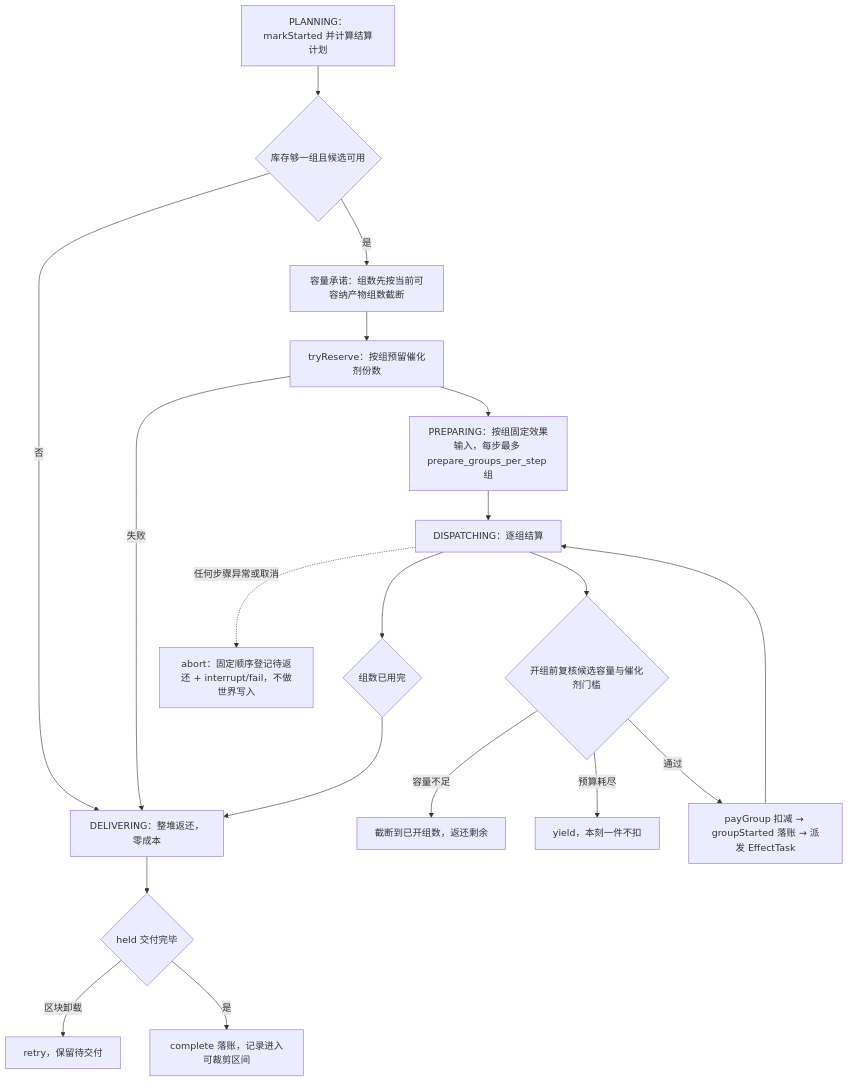
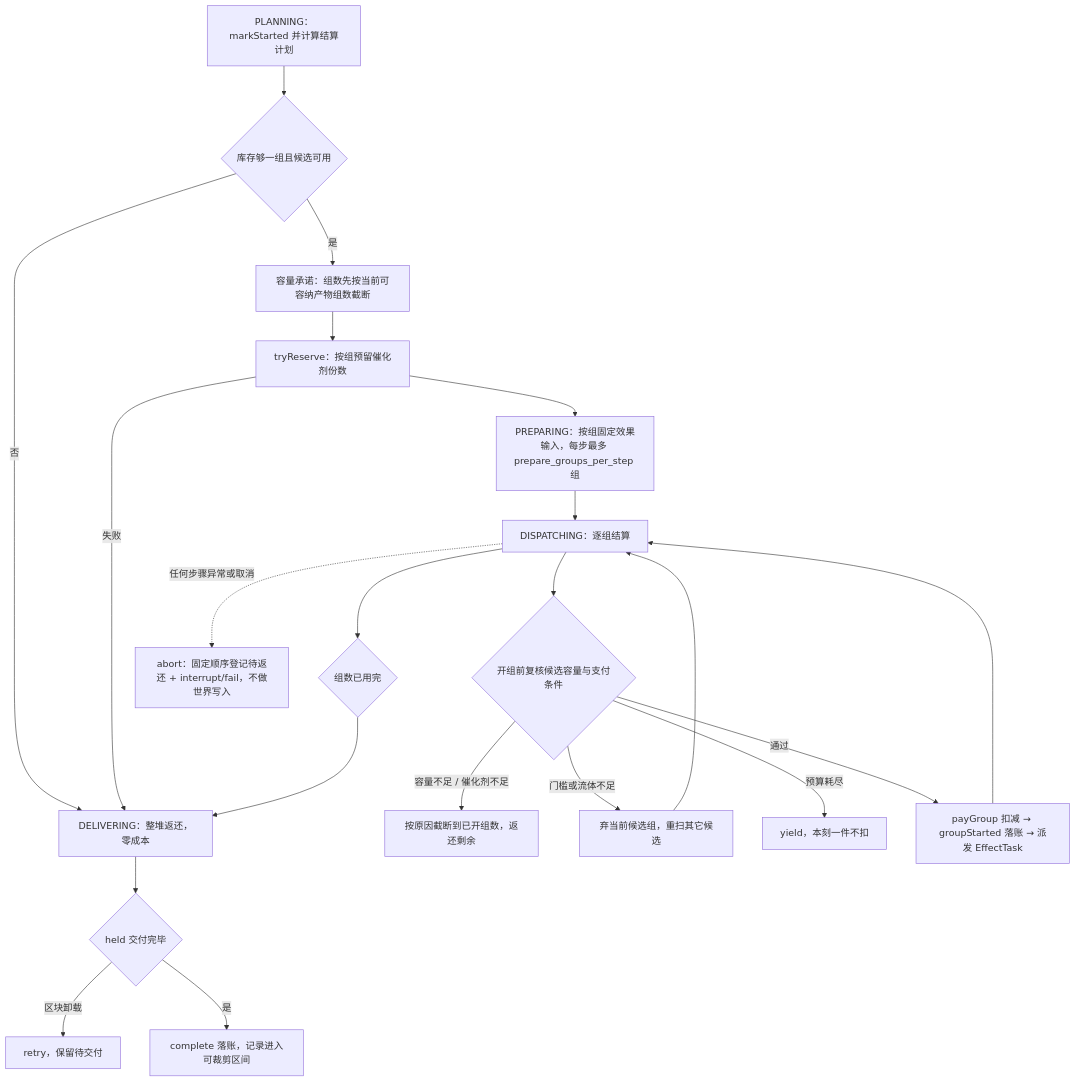
The third of 3 diagrams in docs/modules/conversion-runtime.md (meteoritel/item-despawn-to-what), drawn with Mermaid before and after one commit. The commit also changed other lines of this file and 22 other files, not shown here.

````diff
--- a/docs/modules/conversion-runtime.md
+++ b/docs/modules/conversion-runtime.md
@@ -142,21 +142,23 @@
 ```mermaid
 flowchart TB
     P["PLANNING：markStarted 并计算结算计划"] --> Q{"库存够一组且候选可用"}
     Q -->|"否"| DEL["DELIVERING：整堆返还，零成本"]
     Q -->|"是"| C["容量承诺：组数先按当前可容纳产物组数截断"]
     C --> R["tryReserve：按组预留催化剂份数"]
     R -->|"失败"| DEL
     R --> PR["PREPARING：按组固定效果输入，每步最多 prepare_groups_per_step 组"]
     PR --> S["DISPATCHING：逐组结算"]
-    S --> T{"开组前复核候选容量与催化剂门槛"}
-    T -->|"容量不足"| U["截断到已开组数，返还剩余"]
+    S --> T{"开组前复核候选容量与支付条件"}
+    T -->|"容量不足 / 催化剂不足"| U["按原因截断到已开组数，返还剩余"]
+    T -->|"门槛或流体不足"| UB["弃当前候选组，重扫其它候选"]
+    UB --> S
     T -->|"预算耗尽"| V["yield，本刻一件不扣"]
     T -->|"通过"| W["payGroup 扣减 → groupStarted 落账 → 派发 EffectTask"]
     W --> S
     S --> X{"组数已用完"}
     X --> DEL
     DEL --> Y{"held 交付完毕"}
     Y -->|"区块卸载"| Z["retry，保留待交付"]
     Y -->|"是"| DONE["complete 落账，记录进入可裁剪区间"]
     S -.->|"任何步骤异常或取消"| AB["abort：固定顺序登记待返还 + interrupt/fail，不做世界写入"]
 ```
````
